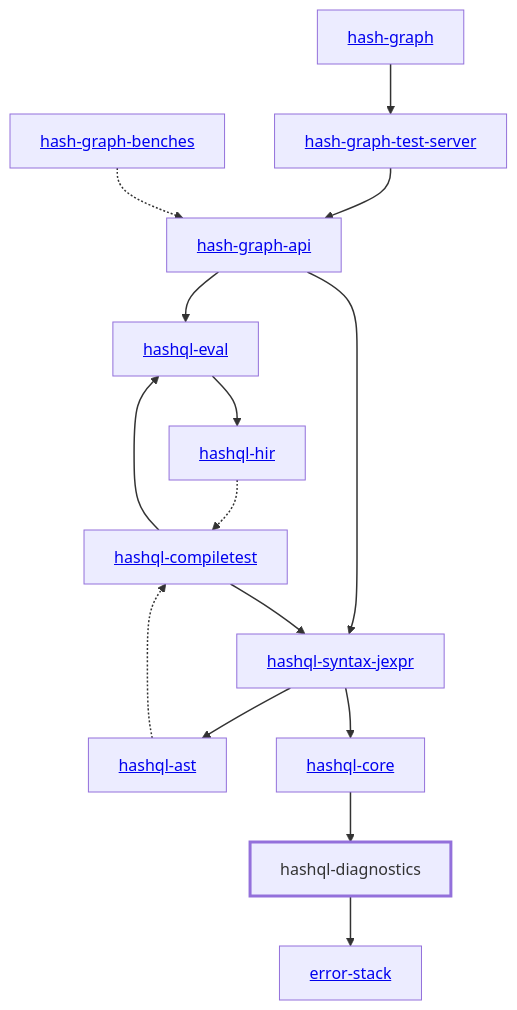
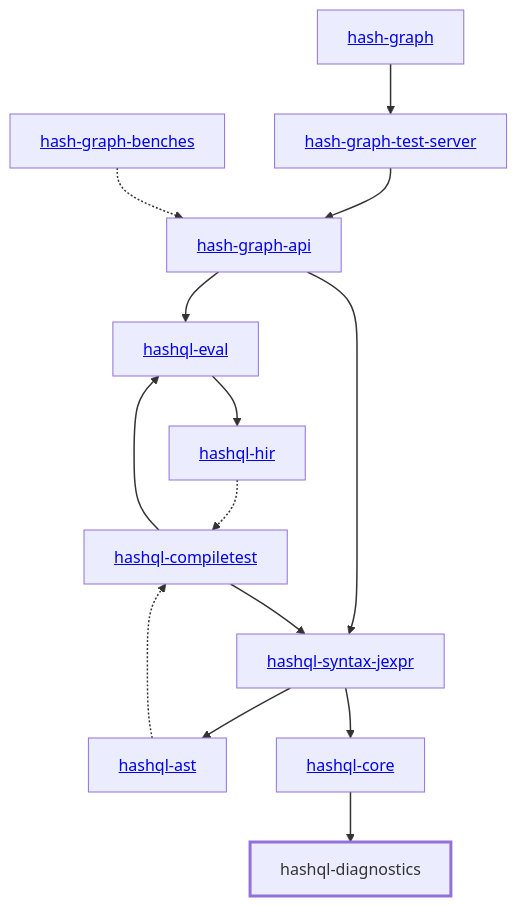
The diagram in libs/@local/hashql/diagnostics/docs/dependency-diagram.mmd (hashintel/hash), drawn with Mermaid before and after one commit. The commit also changed 10 other files, not shown here.

Commit message:
fix: dependency diagrams + turbo

```diff
--- a/libs/@local/hashql/diagnostics/docs/dependency-diagram.mmd
+++ b/libs/@local/hashql/diagnostics/docs/dependency-diagram.mmd
@@ -1,37 +1,35 @@
 graph TD
     linkStyle default stroke-width:1.5px
     classDef default stroke-width:1px
     classDef root stroke-width:3px
     classDef dev stroke-width:1px
     classDef build stroke-width:1px
     %% Legend
     %% --> : Normal dependency
     %% -.-> : Dev dependency
     %% ---> : Build dependency
     0[<a href="../hash_graph/index.html">hash-graph</a>]
     1[<a href="../hash_graph_api/index.html">hash-graph-api</a>]
     2[<a href="../hash_graph_test_server/index.html">hash-graph-test-server</a>]
     3[<a href="../hashql_ast/index.html">hashql-ast</a>]
     4[<a href="../hashql_compiletest/index.html">hashql-compiletest</a>]
     5[<a href="../hashql_core/index.html">hashql-core</a>]
     6[hashql-diagnostics]
     class 6 root
     7[<a href="../hashql_eval/index.html">hashql-eval</a>]
     8[<a href="../hashql_hir/index.html">hashql-hir</a>]
     9[<a href="../hashql_syntax_jexpr/index.html">hashql-syntax-jexpr</a>]
-    10[<a href="../error_stack/index.html">error-stack</a>]
-    11[<a href="../hash_graph_benches/index.html">hash-graph-benches</a>]
+    10[<a href="../hash_graph_benches/index.html">hash-graph-benches</a>]
     0 --> 2
     1 --> 7
     1 --> 9
     2 --> 1
     3 -.-> 4
     4 --> 7
     4 --> 9
     5 --> 6
-    6 --> 10
     7 --> 8
     8 -.-> 4
     9 --> 3
     9 --> 5
-    11 -.-> 1
+    10 -.-> 1
```
